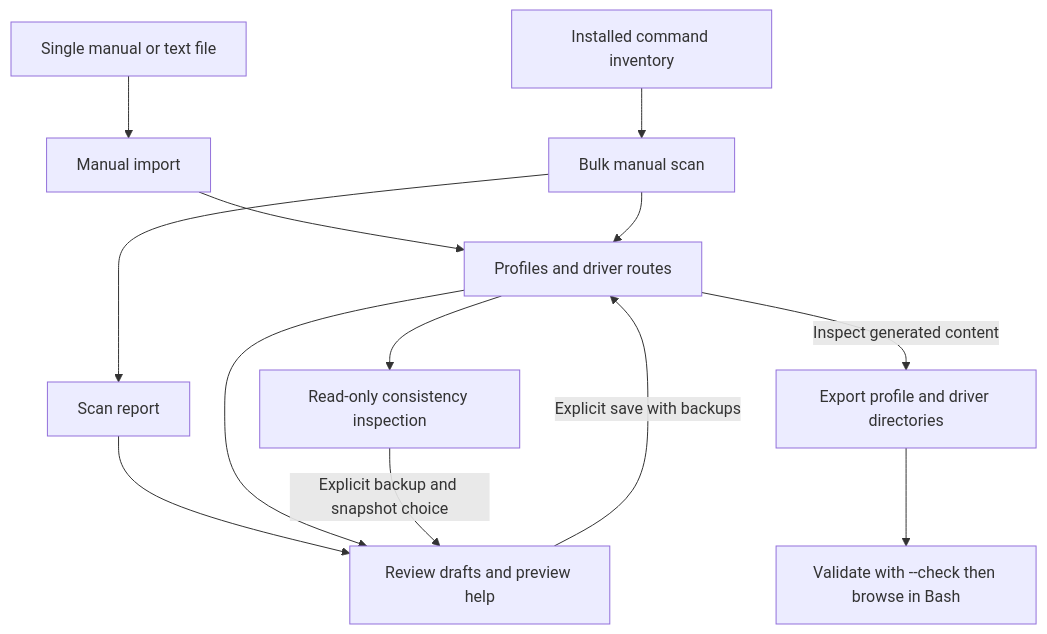
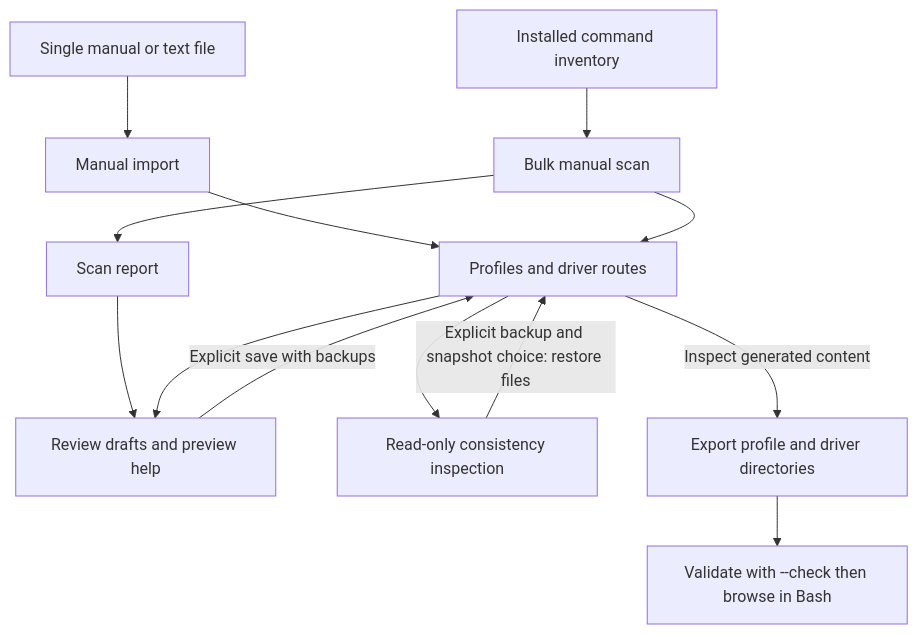
Before and after one commit to Usrnmna/CLI-InteractiveHelpMenu: the diagram in docs/README.md, drawn with Mermaid. The commit also changed other lines of this file and 24 other files, not shown here.

````diff
--- a/docs/README.md
+++ b/docs/README.md
@@ -50,15 +54,15 @@
 ```mermaid
 flowchart TD
     M[Single manual or text file] --> I[Manual import]
     C[Installed command inventory] --> S[Bulk manual scan]
     I --> P[Profiles and driver routes]
     S --> P
     S --> R[Scan report]
     R --> V[Review drafts and preview help]
     P --> V
     V -->|Explicit save with backups| P
     P --> Ck[Read-only consistency inspection]
-    Ck -->|Explicit backup and snapshot choice| V
+    Ck -->|Explicit backup and snapshot choice: restore files| P
     P -->|Inspect generated content| A[Export profile and driver directories]
     A --> K[Validate with --check then browse in Bash]
 ```
````
